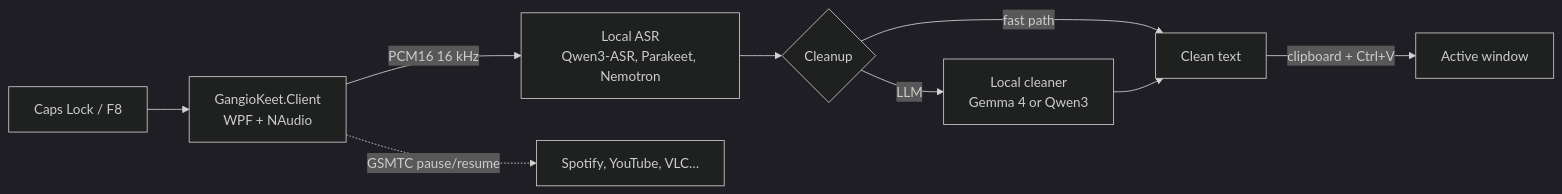
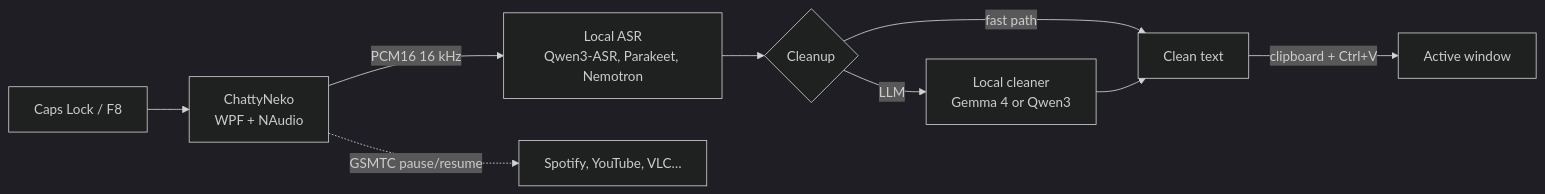
Before and after one commit to hal9ooo/GangioKeet: the diagram in README.md, drawn with Mermaid (dark theme). The commit also changed other lines of this file and 34 other files, not shown here.

Commit message:
feat(brand): rebrand to ChattyNeko with a black cat identity

````diff
--- a/README.md
+++ b/README.md
@@ -77,11 +77,11 @@
 ```mermaid
 flowchart LR
-  HK["Caps Lock / F8"] --> CL["GangioKeet.Client<br/>WPF + NAudio"]
+  HK["Caps Lock / F8"] --> CL["ChattyNeko<br/>WPF + NAudio"]
   CL -->|PCM16 16 kHz| STT["Local ASR<br/>Qwen3-ASR, Parakeet, Nemotron"]
   STT --> ROUTE{"Cleanup"}
   ROUTE -->|fast path| TXT["Clean text"]
   ROUTE -->|LLM| LLM["Local cleaner<br/>Gemma 4 or Qwen3"]
   LLM --> TXT
   TXT -->|clipboard + Ctrl+V| APP["Active window"]
   CL -.->|GSMTC pause/resume| MEDIA["Spotify, YouTube, VLC…"]
 ```
````
